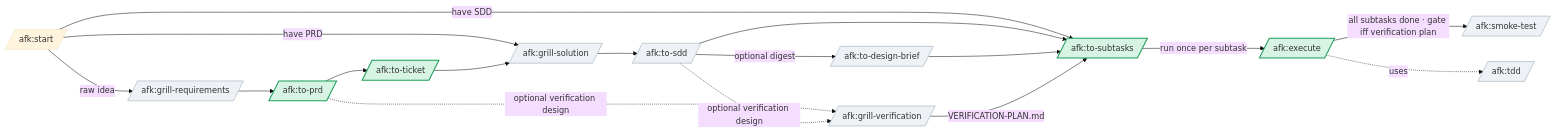
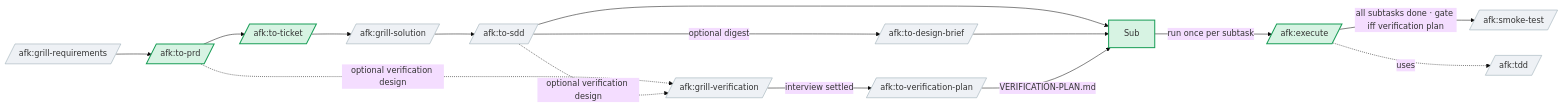
Before and after one commit to midnightblur/afk-driver: the second of 6 diagrams in README.md, drawn with Mermaid (base theme). The commit also changed other lines of this file and 10 other files, not shown here.

First line of the commit message:
refactor(skills): split grill-verification into grill + to-verification-plan

````diff
--- a/README.md
+++ b/README.md
@@ -123,25 +122,22 @@
 ```mermaid
 graph LR
-    Start[/afk:start/] -->|raw idea| Grill[/afk:grill-requirements/]
-    Start -->|have PRD| AG[/afk:grill-solution/]
-    Start -->|have SDD| Sub[/afk:to-subtasks/]
-
-    Grill --> Prd[/afk:to-prd/] --> Ticket[/afk:to-ticket/] --> AG --> Sdd[/afk:to-sdd/]
+    Grill[/afk:grill-requirements/] --> Prd[/afk:to-prd/] --> Ticket[/afk:to-ticket/] --> AG[/afk:grill-solution/] --> Sdd[/afk:to-sdd/]
     Sdd -->|optional digest| Brief[/afk:to-design-brief/]
 
     Prd -.optional verification design.-> E2E[/afk:grill-verification/]
     Sdd -.optional verification design.-> E2E
+    E2E -->|interview settled| VPlan[/afk:to-verification-plan/]
 
     Sdd --> Sub
     Brief --> Sub
-    E2E -->|VERIFICATION-PLAN.md| Sub
+    VPlan -->|VERIFICATION-PLAN.md| Sub
 
     Sub -->|run once per subtask| Exec[/afk:execute/]
     Exec -->|all subtasks done · gate iff verification plan| Smoke[/afk:smoke-test/]
     Exec -.uses.-> Tdd[/afk:tdd/]
 
     classDef mand fill:#d7f3e3,stroke:#1b9e58,stroke-width:2px;
     classDef opt fill:#eef1f5,stroke:#90a4ae;
     class Prd,Ticket,Sub,Exec mand;
-    class Grill,AG,Sdd,Brief,E2E,Smoke,Tdd opt;
+    class Grill,AG,Sdd,Brief,E2E,VPlan,Smoke,Tdd opt;
 ```
````
